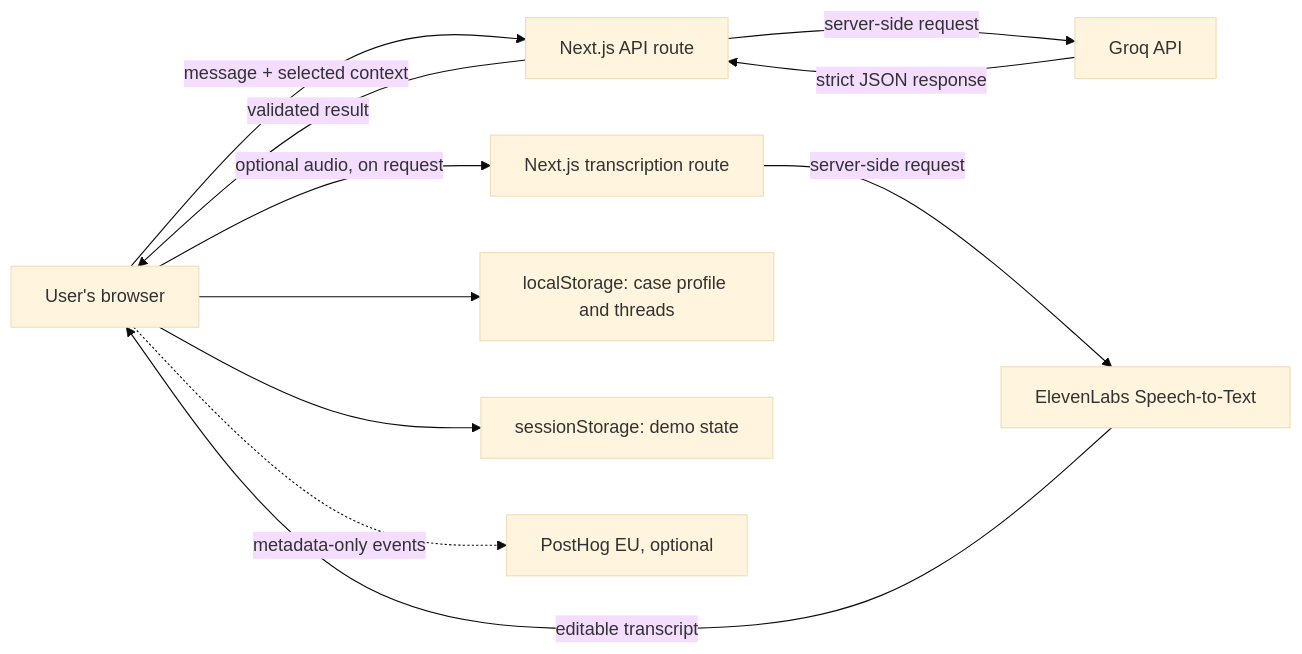
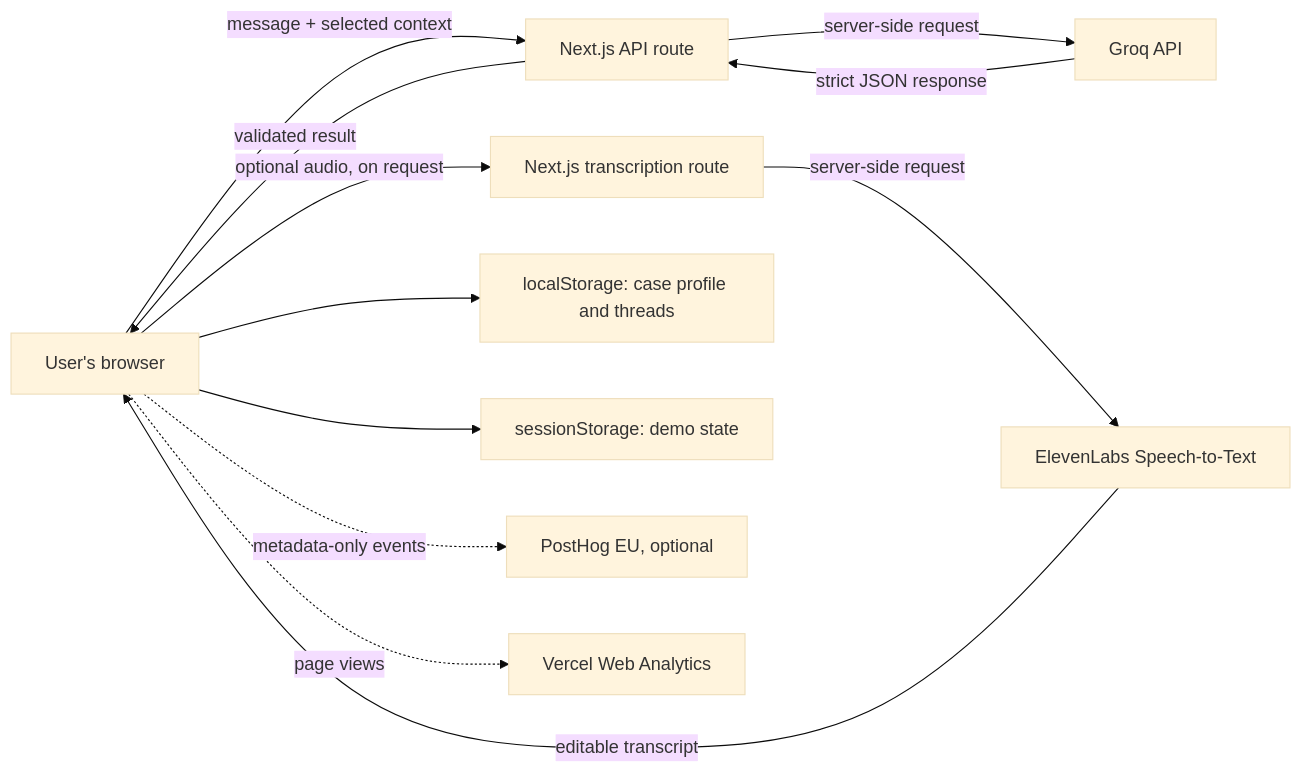
The diagram in ARCHITECTURE.md (vesperolabs/metis-open_source), drawn with Mermaid (base theme) before and after one commit. The commit also changed other lines of this file and 9 other files, not shown here.

Commit message:
feat: add Vercel Web Analytics

````diff
--- a/ARCHITECTURE.md
+++ b/ARCHITECTURE.md
@@ -7,13 +7,14 @@
 ```mermaid
 flowchart LR
     U["User's browser"] -->|"message + selected context"| A["Next.js API route"]
     A -->|"server-side request"| G["Groq API"]
     G -->|"strict JSON response"| A
     A -->|"validated result"| U
     U -->|"optional audio, on request"| T["Next.js transcription route"]
     T -->|"server-side request"| E["ElevenLabs Speech-to-Text"]
     E -->|"editable transcript"| U
     U --> L["localStorage: case profile and threads"]
     U --> S["sessionStorage: demo state"]
     U -. "metadata-only events" .-> P["PostHog EU, optional"]
+    U -. "page views" .-> V["Vercel Web Analytics"]
 ```
````
